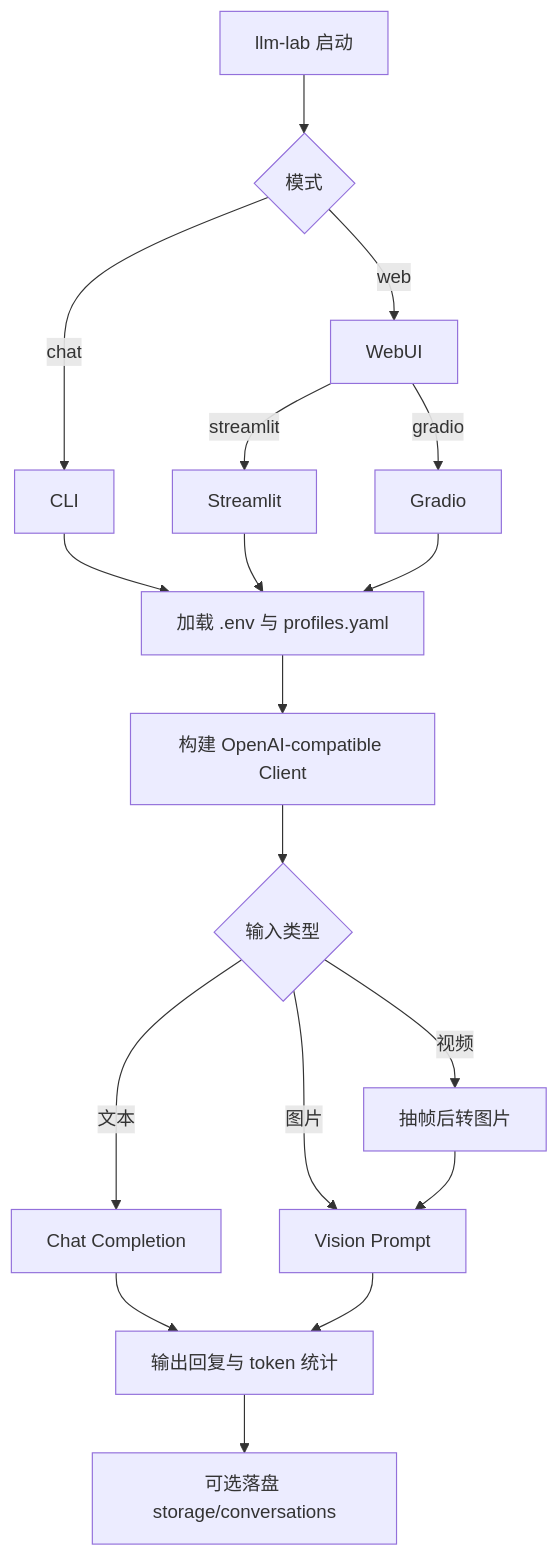
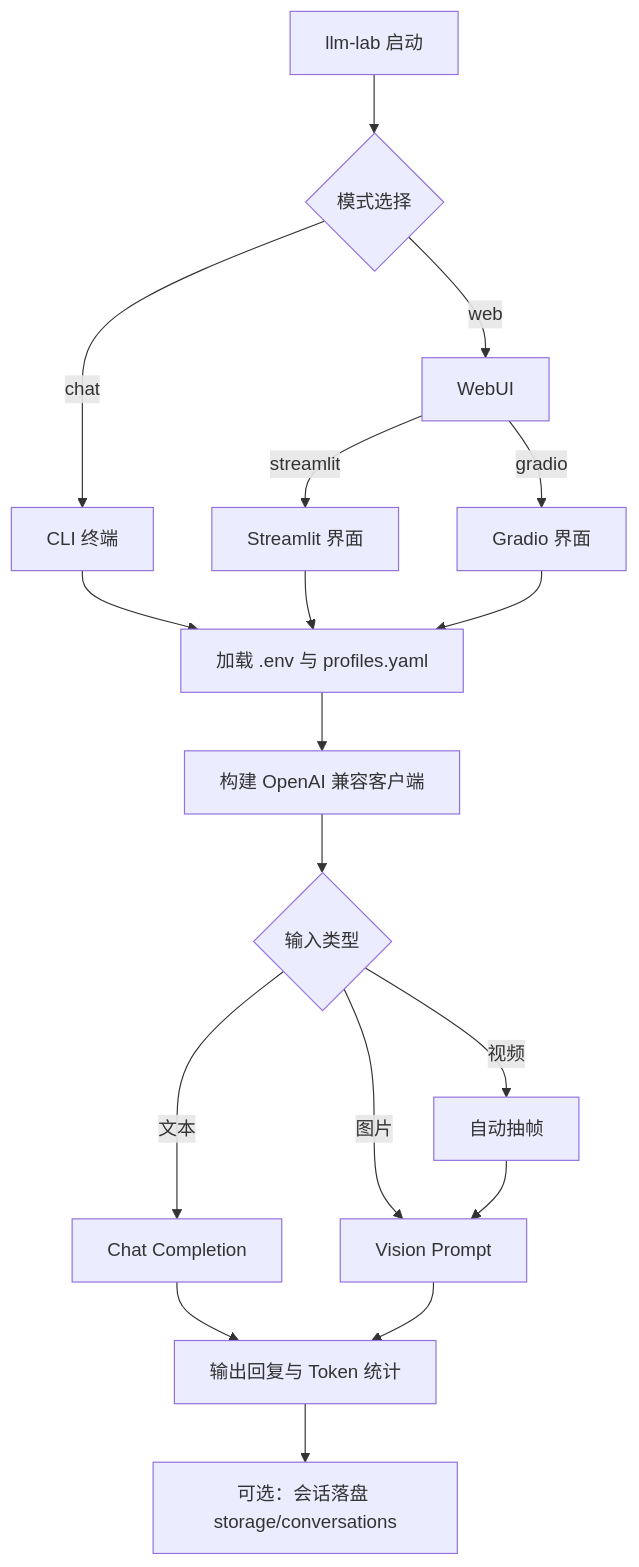
One commit to BrenchCC/LLM_Lab changed the diagram in README.md. Above: the diagram before and after it, drawn with Mermaid. The commit also changed other lines of this file and 5 other files, not shown here.

````diff
--- a/README.md
+++ b/README.md
@@ -19,20 +41,20 @@
 ```mermaid
 flowchart TD
-    A[llm-lab 启动] --> B{模式}
-    B -->|chat| C[CLI]
+    A[llm-lab 启动] --> B{模式选择}
+    B -->|chat| C[CLI 终端]
     B -->|web| D[WebUI]
-    D -->|streamlit| E[Streamlit]
-    D -->|gradio| F[Gradio]
+    D -->|streamlit| E[Streamlit 界面]
+    D -->|gradio| F[Gradio 界面]
     C --> G[加载 .env 与 profiles.yaml]
     E --> G
     F --> G
-    G --> H[构建 OpenAI-compatible Client]
+    G --> H[构建 OpenAI 兼容客户端]
     H --> I{输入类型}
     I -->|文本| J[Chat Completion]
     I -->|图片| K[Vision Prompt]
-    I -->|视频| L[抽帧后转图片]
+    I -->|视频| L[自动抽帧]
     L --> K
-    J --> M[输出回复与 token 统计]
+    J --> M[输出回复与 Token 统计]
     K --> M
-    M --> N[可选落盘 storage/conversations]
+    M --> N[可选：会话落盘 storage/conversations]
 ```
````
